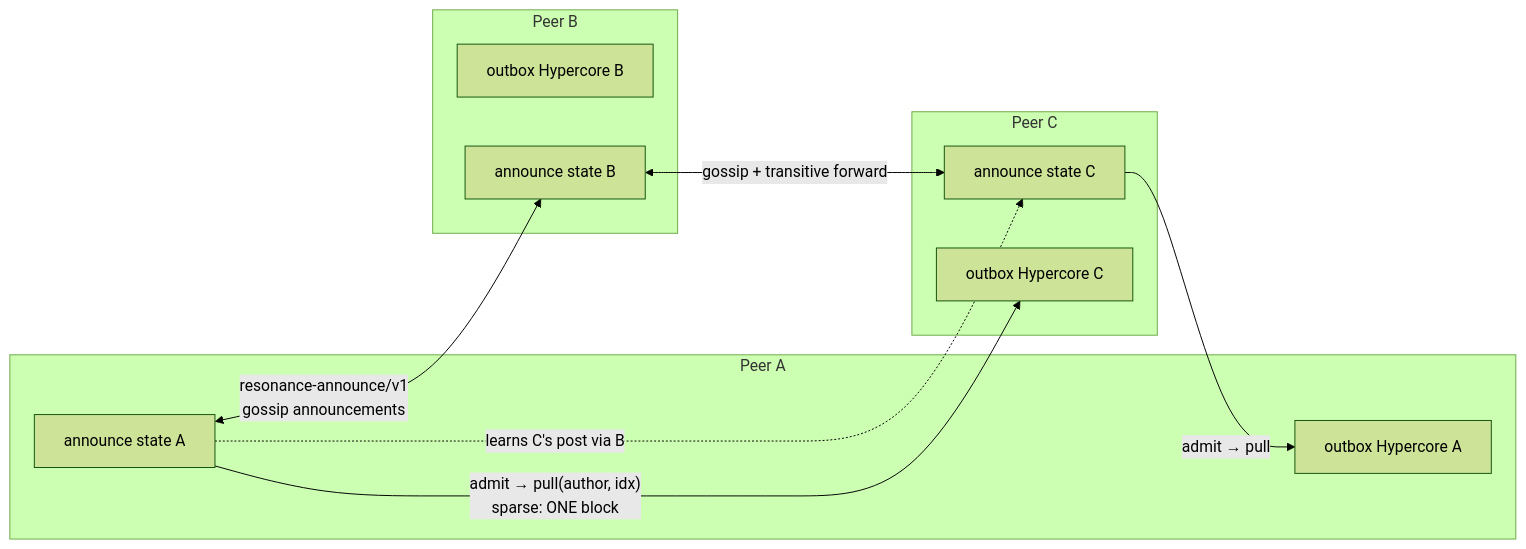
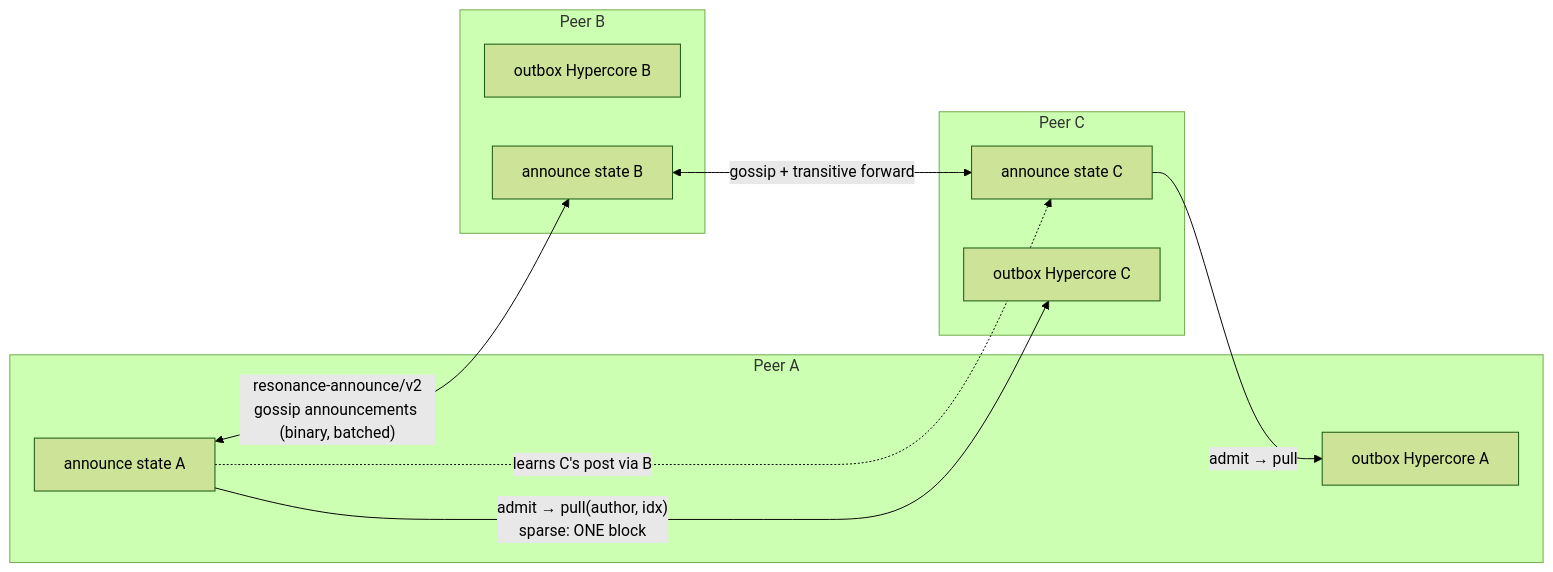
The seventh of 10 diagrams in docs/DIAGRAMS.md (Helldez/Resonance), drawn with Mermaid (forest theme) before and after one commit. The commit also changed other lines of this file and 13 other files, not shown here.

````diff
--- a/docs/DIAGRAMS.md
+++ b/docs/DIAGRAMS.md
@@ -248,21 +279,21 @@
 ```mermaid
 flowchart LR
     subgraph PeerA["Peer A"]
         OA["outbox Hypercore A"]
         DA["announce state A"]
     end
     subgraph PeerB["Peer B"]
         OB["outbox Hypercore B"]
         DB["announce state B"]
     end
     subgraph PeerC["Peer C"]
         OC["outbox Hypercore C"]
         DC["announce state C"]
     end
 
-    DA <-->|"resonance-announce/v1<br/>gossip announcements"| DB
+    DA <-->|"resonance-announce/v2<br/>gossip announcements (binary, batched)"| DB
     DB <-->|"gossip + transitive forward"| DC
     DA -. "learns C's post via B" .-> DC
     DA -- "admit → pull(author, idx)<br/>sparse: ONE block" --> OC
     DC -- "admit → pull" --> OA
 ```
````
